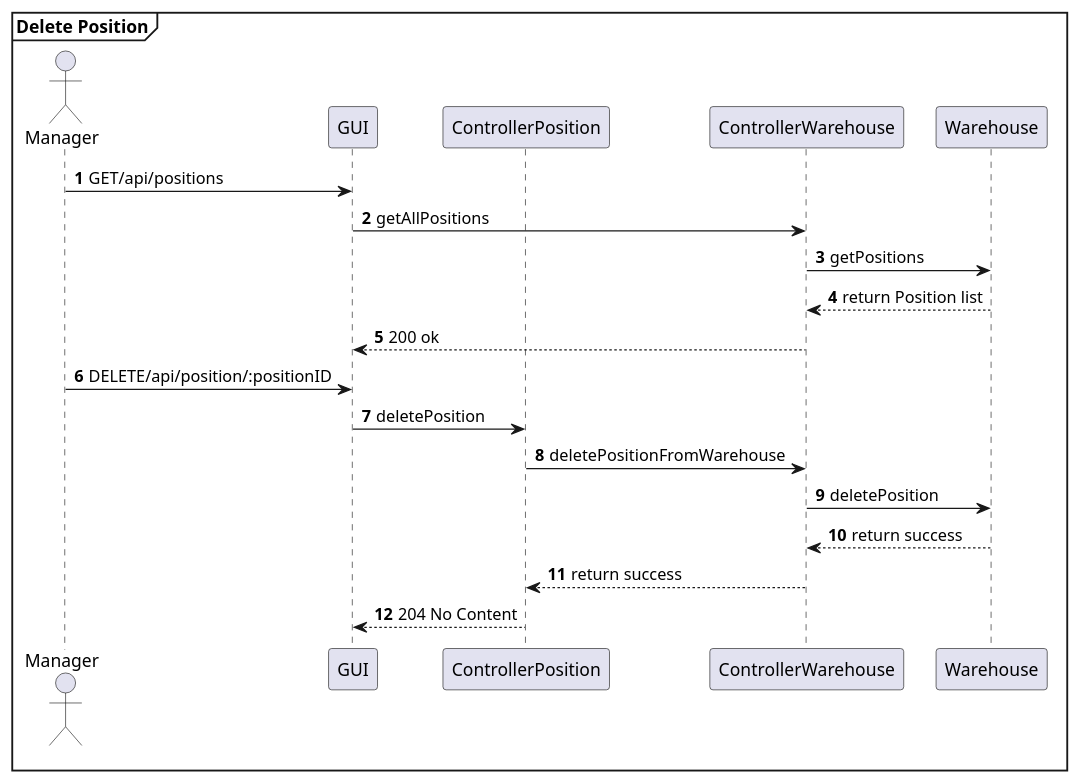
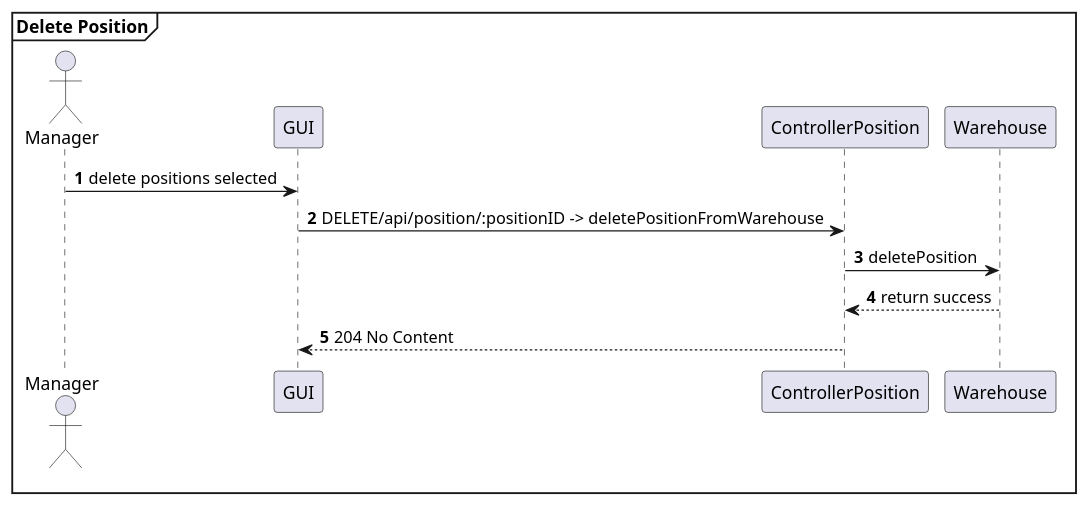
The tenth of 29 diagrams in DesignDocument.md (AlexZampa/EzWh), drawn with PlantUML before and after one commit. The commit also changed other lines of this file, not shown here.

````diff
--- a/DesignDocument.md
+++ b/DesignDocument.md
@@ -697,25 +694,16 @@
 ```plantuml
 mainframe **Delete Position**
 actor Manager
 participant GUI
 participant ControllerPosition
-participant ControllerWarehouse
 participant Warehouse
 
 autonumber
-Manager -> GUI : GET/api/positions
-GUI -> ControllerWarehouse : getAllPositions
-ControllerWarehouse -> Warehouse : getPositions
-ControllerWarehouse <-- Warehouse : return Position list
-GUI <-- ControllerWarehouse : 200 ok
-
-Manager -> GUI : DELETE/api/position/:positionID
-GUI -> ControllerPosition : deletePosition
-ControllerPosition -> ControllerWarehouse : deletePositionFromWarehouse
-ControllerWarehouse -> Warehouse : deletePosition
-ControllerWarehouse <-- Warehouse : return success
-ControllerPosition <-- ControllerWarehouse : return success
+Manager -> GUI : delete positions selected
+GUI -> ControllerPosition : DELETE/api/position/:positionID -> deletePositionFromWarehouse
+ControllerPosition -> Warehouse : deletePosition
+ControllerPosition <-- Warehouse : return success
 GUI <-- ControllerPosition : 204 No Content
 
 @enduml
 ```
````
